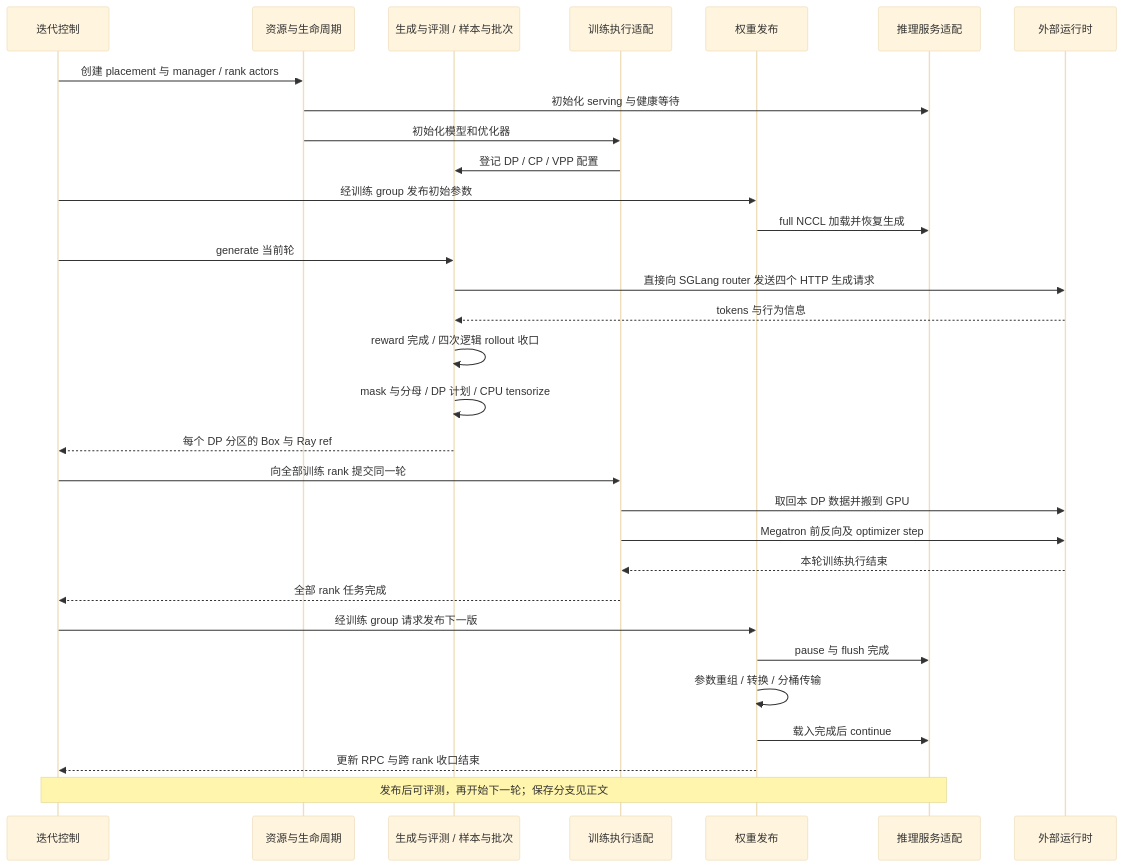
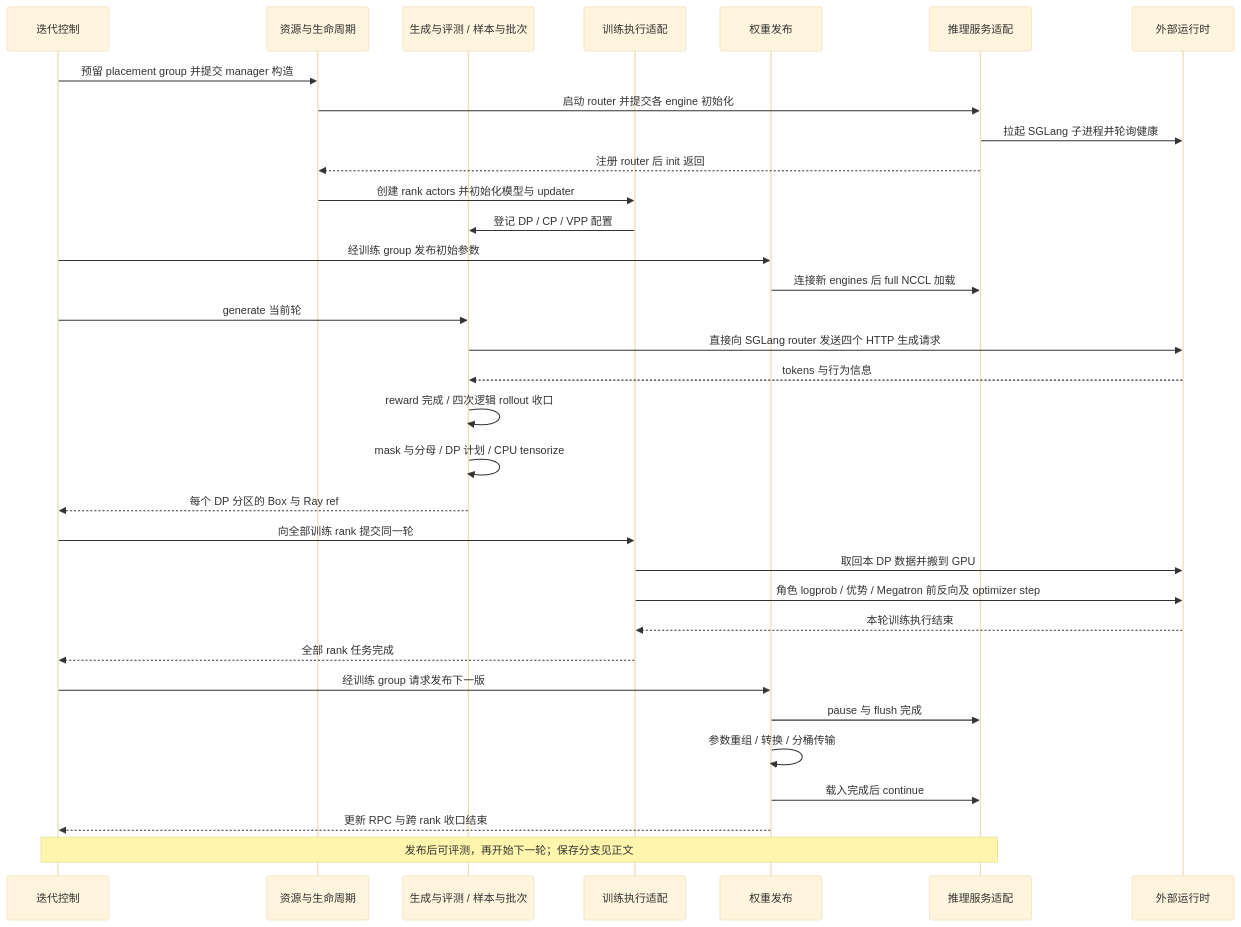
The first of 11 diagrams in wiki/02_engineering/04_posttrain_frameworks/slime/01_slime_architecture_overview_analysis.md (suhaibo666/llm-knowledge), drawn with Mermaid (base theme) before and after one commit. The commit also changed other lines of this file and 223 other files, not shown here.

````diff
--- a/wiki/02_engineering/04_posttrain_frameworks/slime/01_slime_architecture_overview_analysis.md
+++ b/wiki/02_engineering/04_posttrain_frameworks/slime/01_slime_architecture_overview_analysis.md
@@ -91,33 +93,35 @@
 ```mermaid
 sequenceDiagram
     participant Ctrl as 迭代控制
     participant Resource as 资源与生命周期
     participant Domain as 生成与评测 / 样本与批次
     participant Train as 训练执行适配
     participant Weight as 权重发布
     participant Serve as 推理服务适配
     participant External as 外部运行时
-    Ctrl->>Resource: 创建 placement 与 manager / rank actors
-    Resource->>Serve: 初始化 serving 与健康等待
-    Resource->>Train: 初始化模型和优化器
+    Ctrl->>Resource: 预留 placement group 并提交 manager 构造
+    Resource->>Serve: 启动 router 并提交各 engine 初始化
+    Serve->>External: 拉起 SGLang 子进程并轮询健康
+    Serve-->>Resource: 注册 router 后 init 返回
+    Resource->>Train: 创建 rank actors 并初始化模型与 updater
     Train->>Domain: 登记 DP / CP / VPP 配置
     Ctrl->>Weight: 经训练 group 发布初始参数
-    Weight->>Serve: full NCCL 加载并恢复生成
+    Weight->>Serve: 连接新 engines 后 full NCCL 加载
     Ctrl->>Domain: generate 当前轮
     Domain->>External: 直接向 SGLang router 发送四个 HTTP 生成请求
     External-->>Domain: tokens 与行为信息
     Domain->>Domain: reward 完成 / 四次逻辑 rollout 收口
     Domain->>Domain: mask 与分母 / DP 计划 / CPU tensorize
     Domain-->>Ctrl: 每个 DP 分区的 Box 与 Ray ref
     Ctrl->>Train: 向全部训练 rank 提交同一轮
     Train->>External: 取回本 DP 数据并搬到 GPU
-    Train->>External: Megatron 前反向及 optimizer step
+    Train->>External: 角色 logprob / 优势 / Megatron 前反向及 optimizer step
     External-->>Train: 本轮训练执行结束
     Train-->>Ctrl: 全部 rank 任务完成
     Ctrl->>Weight: 经训练 group 请求发布下一版
     Weight->>Serve: pause 与 flush 完成
     Weight->>Weight: 参数重组 / 转换 / 分桶传输
     Weight->>Serve: 载入完成后 continue
     Weight-->>Ctrl: 更新 RPC 与跨 rank 收口结束
     Note over Ctrl,Serve: 发布后可评测，再开始下一轮；保存分支见正文
 ```
````
